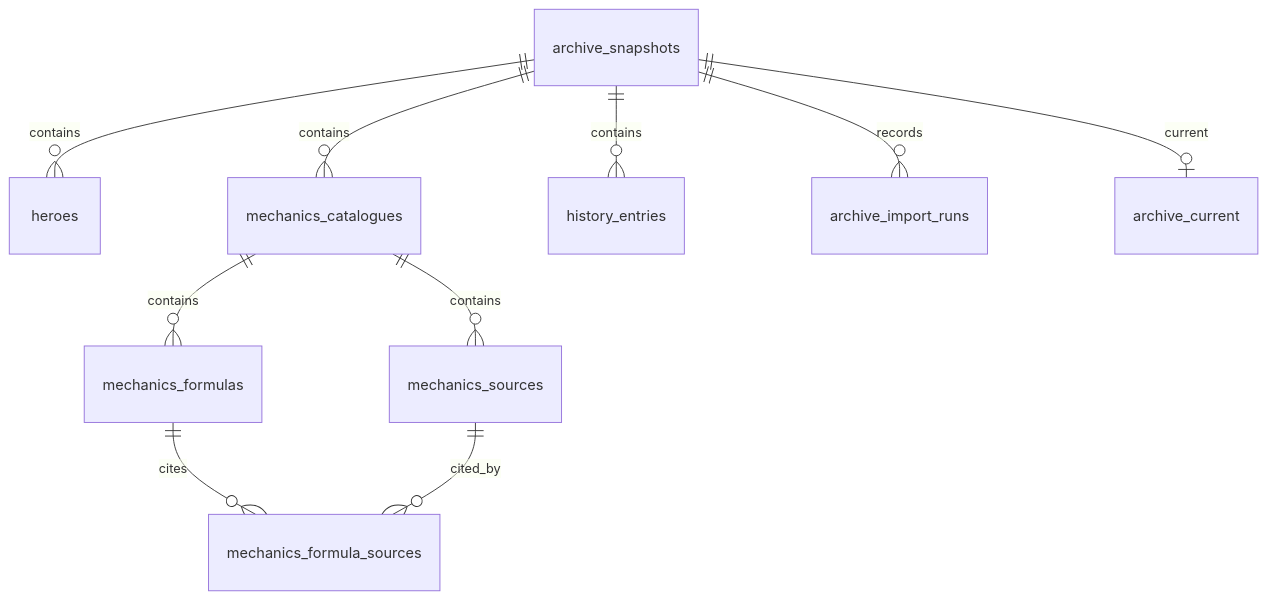
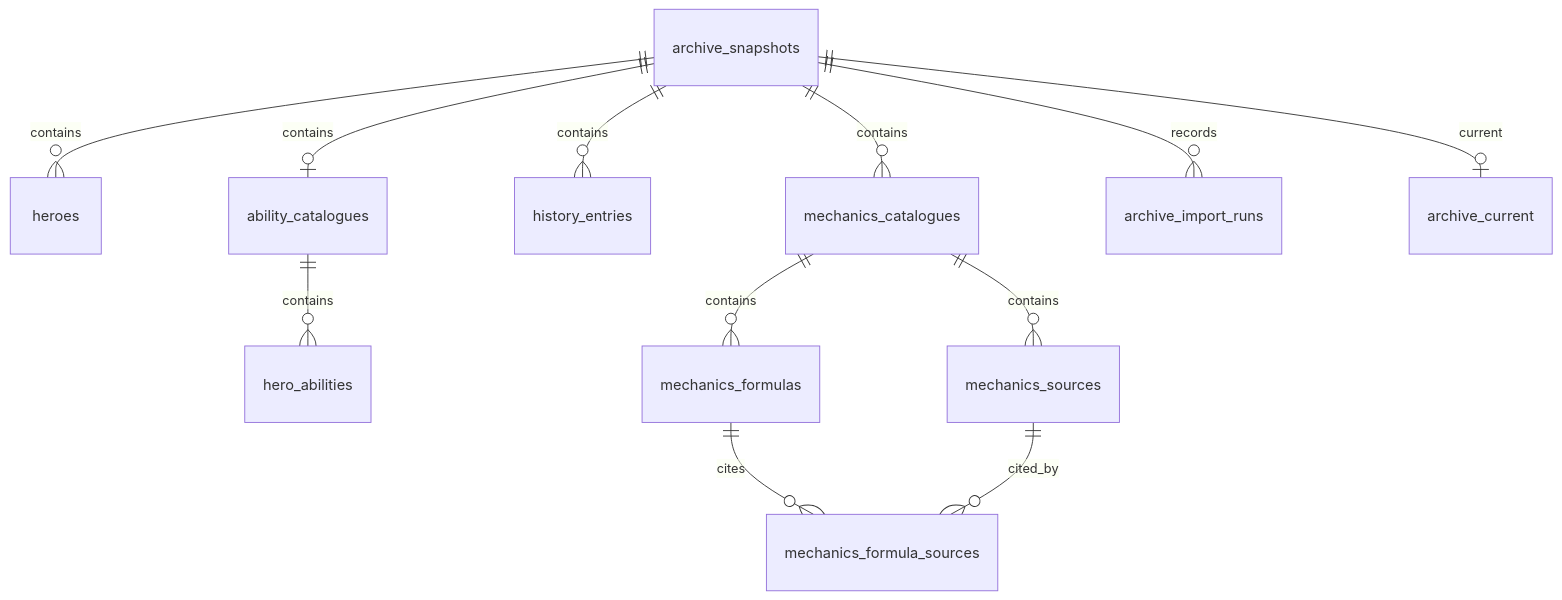
The diagram in docs/database.md (Roman17-bot/deadlock-archive), drawn with Mermaid before and after one commit. The commit also changed other lines of this file and 237 other files, not shown here.

Commit message:
Add real hero abilities and refine build calculator controls

````diff
--- a/docs/database.md
+++ b/docs/database.md
@@ -62,12 +62,14 @@
 ```mermaid
 erDiagram
   archive_snapshots ||--o{ heroes : contains
   archive_snapshots ||--o{ mechanics_catalogues : contains
   archive_snapshots ||--o{ history_entries : contains
+  archive_snapshots ||--o| ability_catalogues : contains
+  ability_catalogues ||--o{ hero_abilities : contains
   archive_snapshots ||--o{ archive_import_runs : records
   archive_snapshots ||--o| archive_current : current
   mechanics_catalogues ||--o{ mechanics_sources : contains
   mechanics_catalogues ||--o{ mechanics_formulas : contains
   mechanics_formulas ||--o{ mechanics_formula_sources : cites
   mechanics_sources ||--o{ mechanics_formula_sources : cited_by
 ```
````
